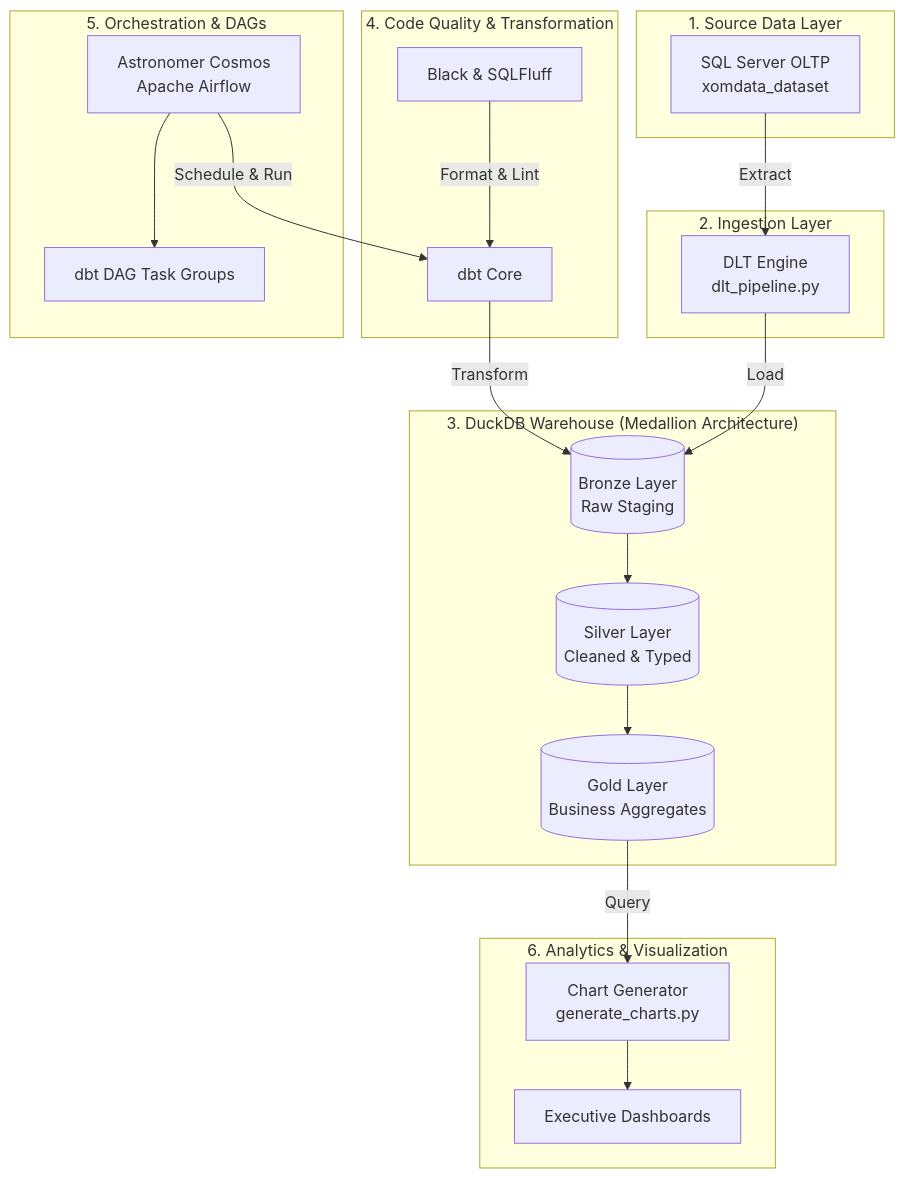
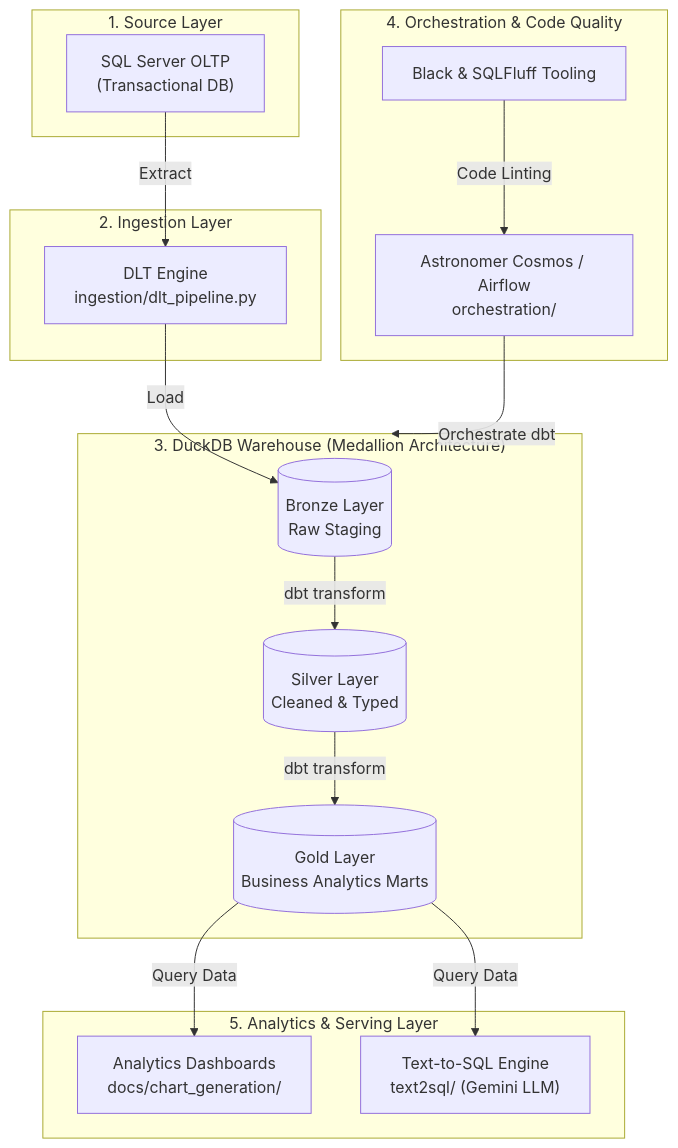
One commit to tunguyenn99/a-simple-t2s-flow changed the first of 2 diagrams in README.md. Above: the diagram before and after it, drawn with Mermaid. The commit also changed other lines of this file, not shown here.

Commit message:
docs(architecture): simplify System Architecture Mermaid diagram for clear top-to-bottom pipeline flow

````diff
--- a/README.md
+++ b/README.md
@@ -15,35 +15,34 @@
 ```mermaid
-flowchart TB
-    subgraph Source ["1. Source Data Layer"]
-        A[SQL Server OLTP<br/>xomdata_dataset]
+flowchart TD
+    subgraph DataSources ["1. Source Layer"]
+        OLTP["SQL Server OLTP<br/>(Transactional DB)"]
     end
 
-    subgraph Ingestion ["2. Ingestion Layer"]
-        B[DLT Engine<br/>dlt_pipeline.py]
+    subgraph IngestionLayer ["2. Ingestion Layer"]
+        DLT["DLT Engine<br/>ingestion/dlt_pipeline.py"]
     end
 
-    subgraph Warehouse ["3. DuckDB Warehouse (Medallion Architecture)"]
-        C[(Bronze Layer<br/>Raw Staging)] --> D[(Silver Layer<br/>Cleaned & Typed)]
-        D --> E[(Gold Layer<br/>Business Aggregates)]
+    subgraph WarehouseLayer ["3. DuckDB Warehouse (Medallion Architecture)"]
+        Bronze[("Bronze Layer<br/>Raw Staging")]
+        Silver[("Silver Layer<br/>Cleaned & Typed")]
+        Gold[("Gold Layer<br/>Business Analytics Marts")]
+        Bronze -->|dbt transform| Silver -->|dbt transform| Gold
     end
 
-    subgraph Governance ["4. Code Quality & Transformation"]
-        F[dbt Core]
-        G[Black & SQLFluff]
+    subgraph OrchestrationLayer ["4. Orchestration & Code Quality"]
+        Airflow["Astronomer Cosmos / Airflow<br/>orchestration/"]
+        Quality["Black & SQLFluff Tooling"]
     end
 
-    subgraph Workflow ["5. Orchestration & DAGs"]
-        H[Astronomer Cosmos<br/>Apache Airflow] --> I[dbt DAG Task Groups]
+    subgraph ServingLayer ["5. Analytics & Serving Layer"]
+        Charts["Analytics Dashboards<br/>docs/chart_generation/"]
+        T2S["Text-to-SQL Engine<br/>text2sql/ (Gemini LLM)"]
     end
 
-    subgraph Analytics ["6. Analytics & Visualization"]
-        J[Chart Generator<br/>generate_charts.py] --> K[Executive Dashboards]
-    end
-
-    A -->|Extract| B
-    B -->|Load| C
-    F -->|Transform| C
-    G -->|Format & Lint| F
-    H -->|Schedule & Run| F
-    E -->|Query| J
+    OLTP -->|Extract| DLT
+    DLT -->|Load| Bronze
+    Airflow -->|Orchestrate dbt| WarehouseLayer
+    Quality -->|Code Linting| Airflow
+    Gold -->|Query Data| Charts
+    Gold -->|Query Data| T2S
 ```
````
